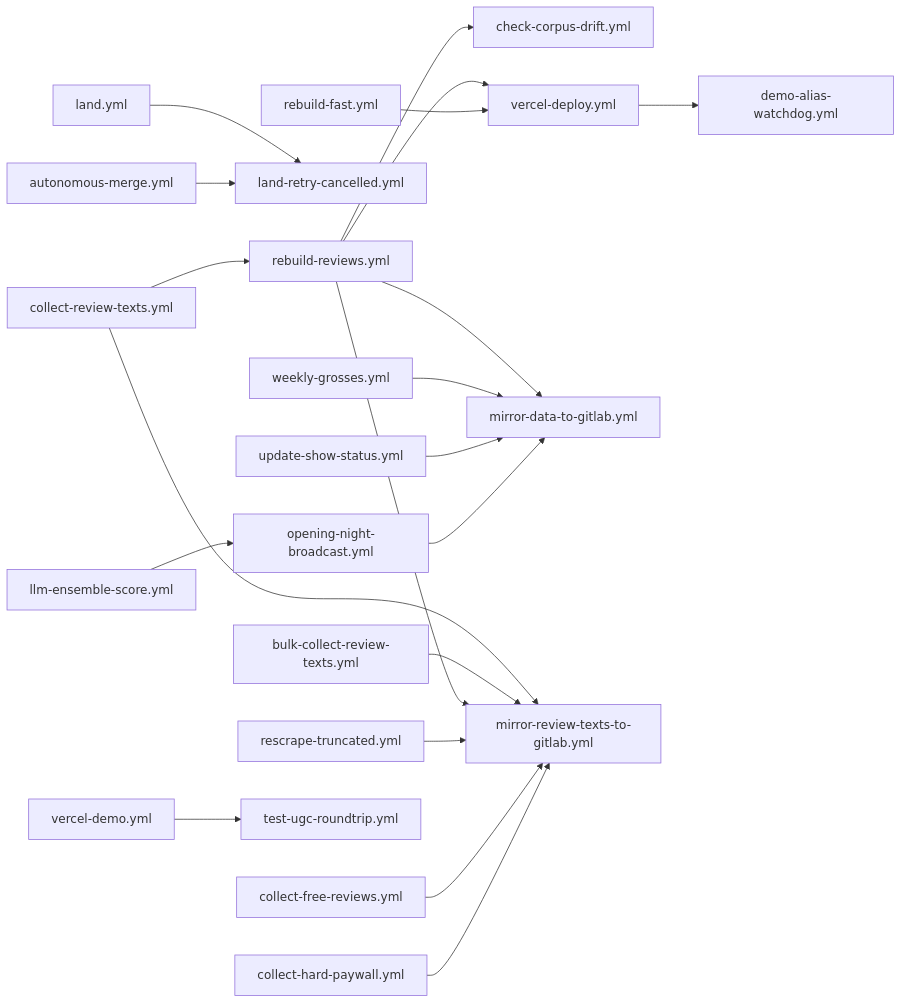
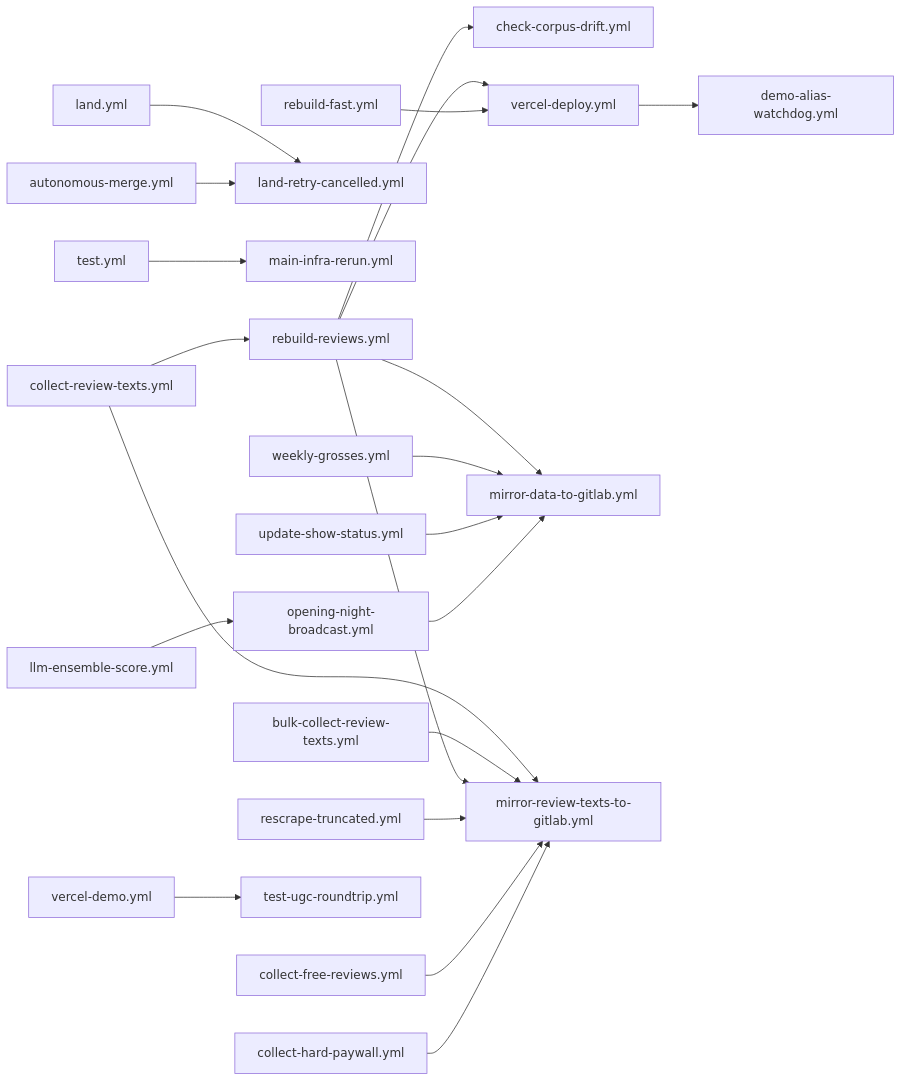
Before and after one commit to thomaspryor/Broadwayscore: the diagram in .github/workflows/DEPENDENCIES.md, drawn with Mermaid. The commit also changed other lines of this file, not shown here.

First line of the commit message:
chore(BRO-934): regenerate DEPENDENCIES.md for current main

````diff
--- a/.github/workflows/DEPENDENCIES.md
+++ b/.github/workflows/DEPENDENCIES.md
@@ -21,22 +21,23 @@
 ```mermaid
 graph LR
   rebuild_reviews["rebuild-reviews.yml"] --> check_corpus_drift["check-corpus-drift.yml"]
   vercel_deploy["vercel-deploy.yml"] --> demo_alias_watchdog["demo-alias-watchdog.yml"]
   land["land.yml"] --> land_retry_cancelled["land-retry-cancelled.yml"]
   autonomous_merge["autonomous-merge.yml"] --> land_retry_cancelled["land-retry-cancelled.yml"]
+  test["test.yml"] --> main_infra_rerun["main-infra-rerun.yml"]
   rebuild_reviews["rebuild-reviews.yml"] --> mirror_data_to_gitlab["mirror-data-to-gitlab.yml"]
   weekly_grosses["weekly-grosses.yml"] --> mirror_data_to_gitlab["mirror-data-to-gitlab.yml"]
   update_show_status["update-show-status.yml"] --> mirror_data_to_gitlab["mirror-data-to-gitlab.yml"]
   opening_night_broadcast["opening-night-broadcast.yml"] --> mirror_data_to_gitlab["mirror-data-to-gitlab.yml"]
   collect_review_texts["collect-review-texts.yml"] --> mirror_review_texts_to_gitlab["mirror-review-texts-to-gitlab.yml"]
   bulk_collect_review_texts["bulk-collect-review-texts.yml"] --> mirror_review_texts_to_gitlab["mirror-review-texts-to-gitlab.yml"]
   rebuild_reviews["rebuild-reviews.yml"] --> mirror_review_texts_to_gitlab["mirror-review-texts-to-gitlab.yml"]
   rescrape_truncated["rescrape-truncated.yml"] --> mirror_review_texts_to_gitlab["mirror-review-texts-to-gitlab.yml"]
   collect_free_reviews["collect-free-reviews.yml"] --> mirror_review_texts_to_gitlab["mirror-review-texts-to-gitlab.yml"]
   collect_hard_paywall["collect-hard-paywall.yml"] --> mirror_review_texts_to_gitlab["mirror-review-texts-to-gitlab.yml"]
   llm_ensemble_score["llm-ensemble-score.yml"] --> opening_night_broadcast["opening-night-broadcast.yml"]
   collect_review_texts["collect-review-texts.yml"] --> rebuild_reviews["rebuild-reviews.yml"]
   vercel_demo["vercel-demo.yml"] --> test_ugc_roundtrip["test-ugc-roundtrip.yml"]
   rebuild_reviews["rebuild-reviews.yml"] --> vercel_deploy["vercel-deploy.yml"]
   rebuild_fast["rebuild-fast.yml"] --> vercel_deploy["vercel-deploy.yml"]
 ```
````
